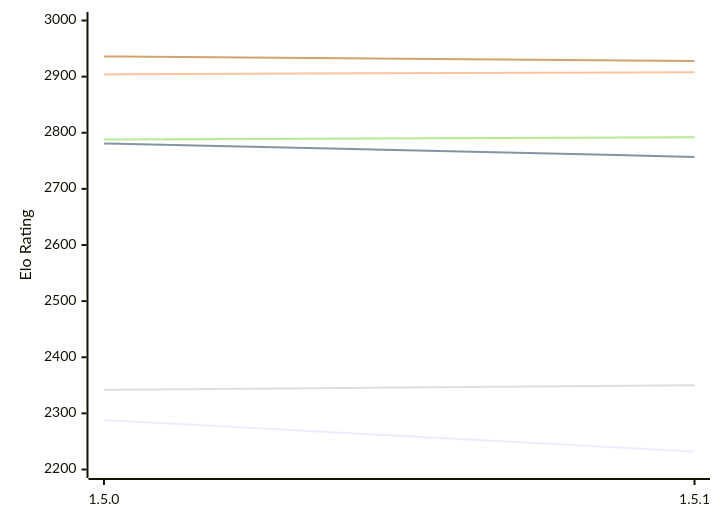
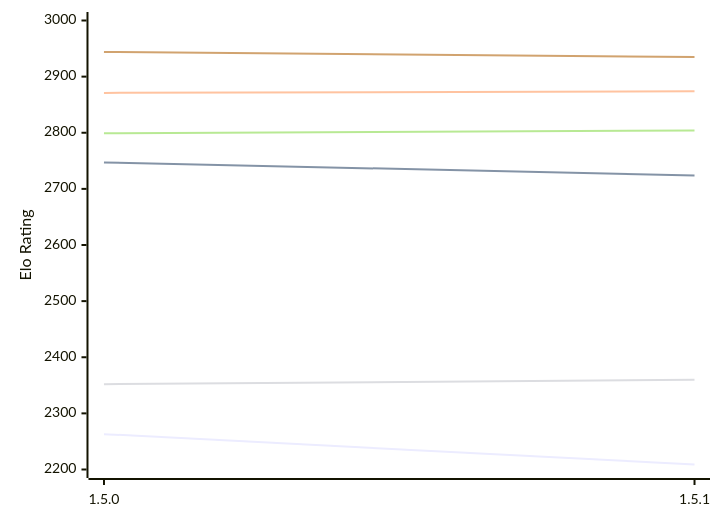
One commit to computer-chess-index/cci changed the first of 2 diagrams in engines/Coco.md. Above: the diagram before and after it, drawn with Mermaid. The commit also changed other lines of this file, not shown here.

Commit message:
Update CCI Ratings (ELO VLTC) - 2026-11-12

````diff
--- a/engines/Coco.md
+++ b/engines/Coco.md
@@ -50,12 +50,12 @@
 ```mermaid
 %%{init: {"theme":"base","themeVariables":{"seriesColors:['#a3a3a3','#222221','#faa371']}}}%%
 xychart-beta
   x-axis ["1.5.0", "1.5.1"]
   y-axis "Elo Rating" 2200 --> 3000
-  line "E1: STC (8.0+0.08s)" [2288, 2232]
-  line "E1: LTC (60.0+0.60s)" [2781, 2757]
-  line "E1: VLTC (2m24s+1.12s)" [2904, 2908]
-  line "P1: STC (8.0+0.08s)" [2342, 2350]
-  line "P1: LTC (60.0+0.60s)" [2788, 2792]
-  line "P1: VLTC (2m24s+1.12s)" [2936, 2928]
+  line "E1: STC (8.0+0.08s)" [2263, 2209]
+  line "E1: LTC (60.0+0.60s)" [2747, 2724]
+  line "E1: VLTC (2m24s+1.12s)" [2871, 2874]
+  line "P1: STC (8.0+0.08s)" [2352, 2360]
+  line "P1: LTC (60.0+0.60s)" [2799, 2804]
+  line "P1: VLTC (2m24s+1.12s)" [2944, 2935]
 ```
````
